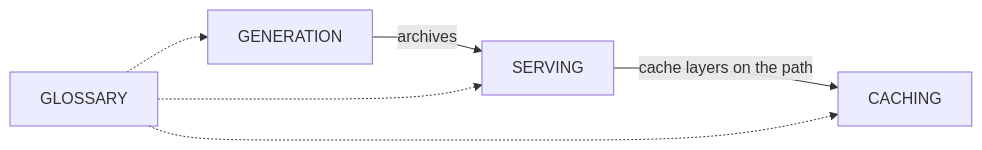
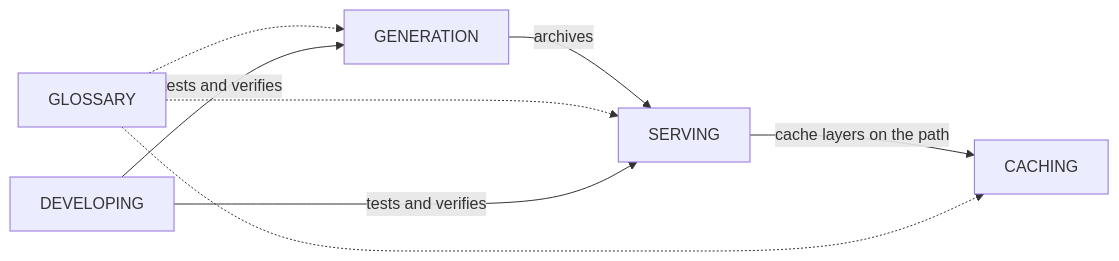
One commit to dtweedle/pgtiler changed the diagram in docs/DOCS.md. Above: the diagram before and after it, drawn with Mermaid. The commit also changed other lines of this file and 5 other files, not shown here.

````diff
--- a/docs/DOCS.md
+++ b/docs/DOCS.md
@@ -34,9 +37,11 @@
 ```mermaid
 flowchart LR
     GENERATION -->|archives| SERVING
     SERVING -->|cache layers on the path| CACHING
     GLOSSARY -.-> GENERATION
     GLOSSARY -.-> SERVING
     GLOSSARY -.-> CACHING
-    class GENERATION,SERVING,CACHING,GLOSSARY internal-link;
+    DEVELOPING -->|tests and verifies| GENERATION
+    DEVELOPING -->|tests and verifies| SERVING
+    class DEVELOPING,GENERATION,SERVING,CACHING,GLOSSARY internal-link;
 ```
````
